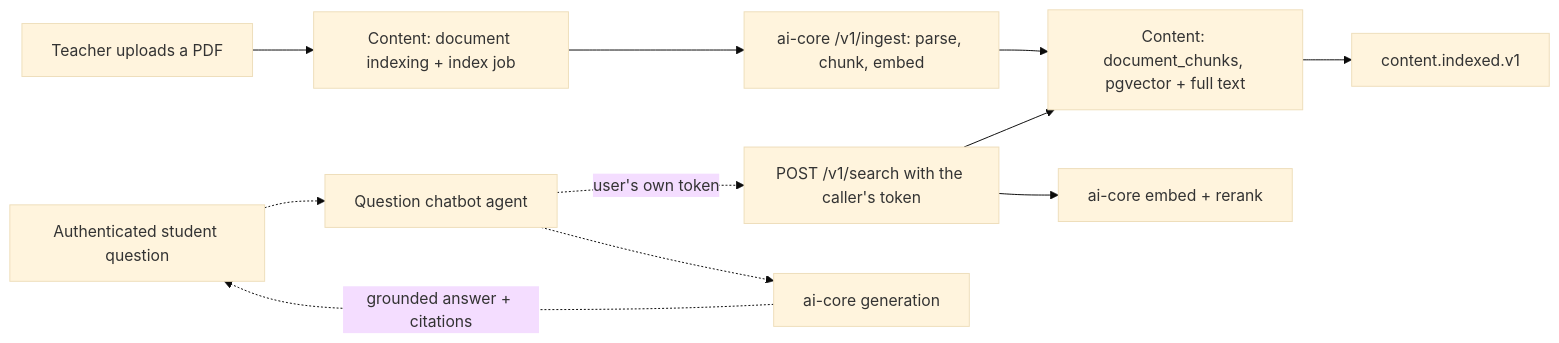
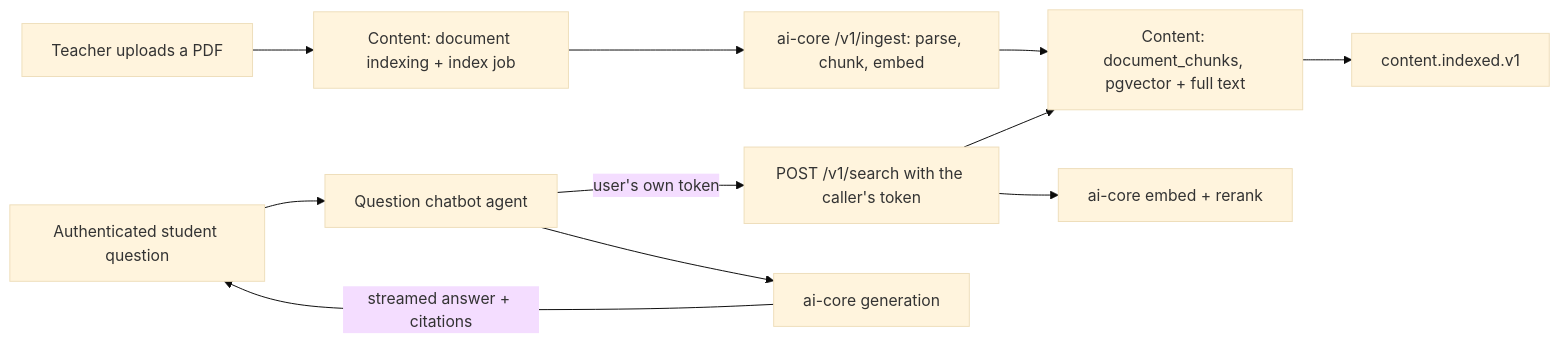
Before and after one commit to Naren3333/FSD_2026: the second of 2 diagrams in docs/architecture/system.md, drawn with Mermaid (base theme). The commit also changed other lines of this file and 25 other files, not shown here.

````diff
--- a/docs/architecture/system.md
+++ b/docs/architecture/system.md
@@ -51,13 +55,13 @@
 ```mermaid
 flowchart LR
   Upload[Teacher uploads a PDF] --> Job[Content: document indexing + index job]
   Job --> Ingest[ai-core /v1/ingest: parse, chunk, embed]
   Ingest --> Vector[Content: document_chunks, pgvector + full text]
   Vector --> Event[content.indexed.v1]
   Search[POST /v1/search with the caller's token] --> Vector
   Search --> Rerank[ai-core embed + rerank]
-  Student[Authenticated student question] -.-> Chat[Question chatbot agent]
-  Chat -. user's own token .-> Search
-  Chat -.-> Inference[ai-core generation]
-  Inference -. grounded answer + citations .-> Student
+  Student[Authenticated student question] --> Chat[Question chatbot agent]
+  Chat -->|user's own token| Search
+  Chat --> Inference[ai-core generation]
+  Inference -->|streamed answer + citations| Student
 ```
````
